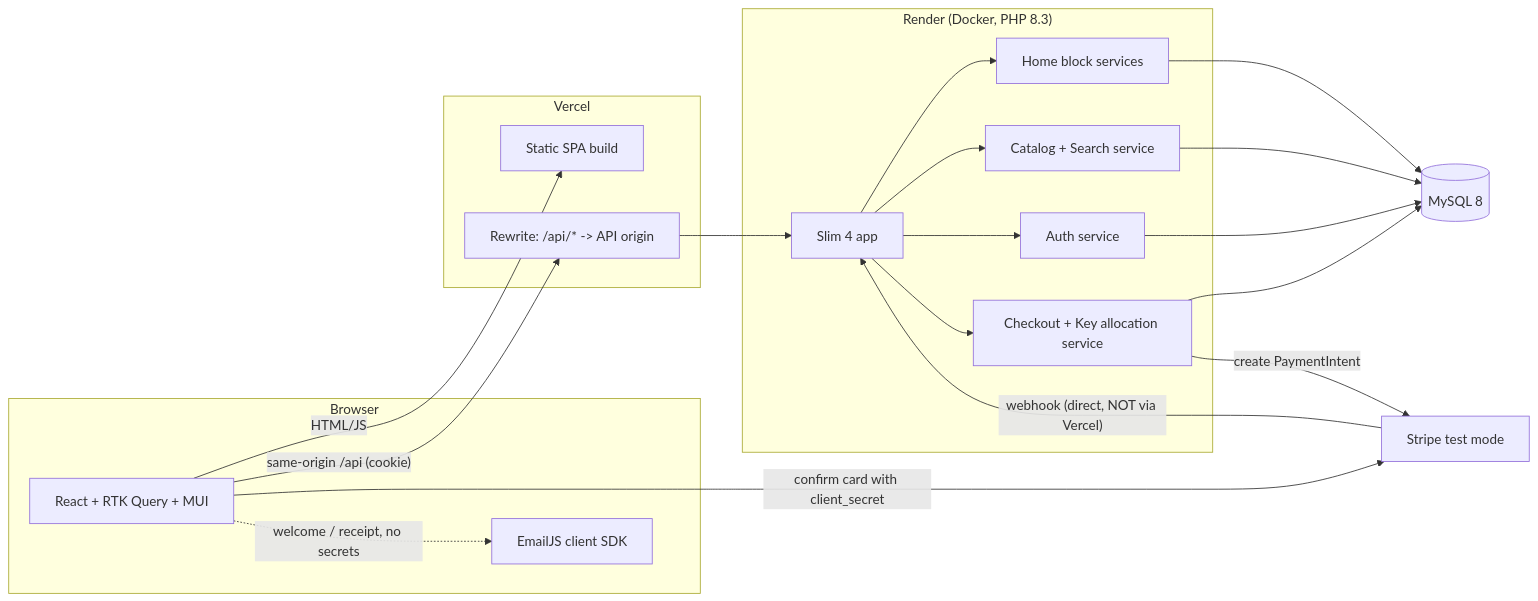
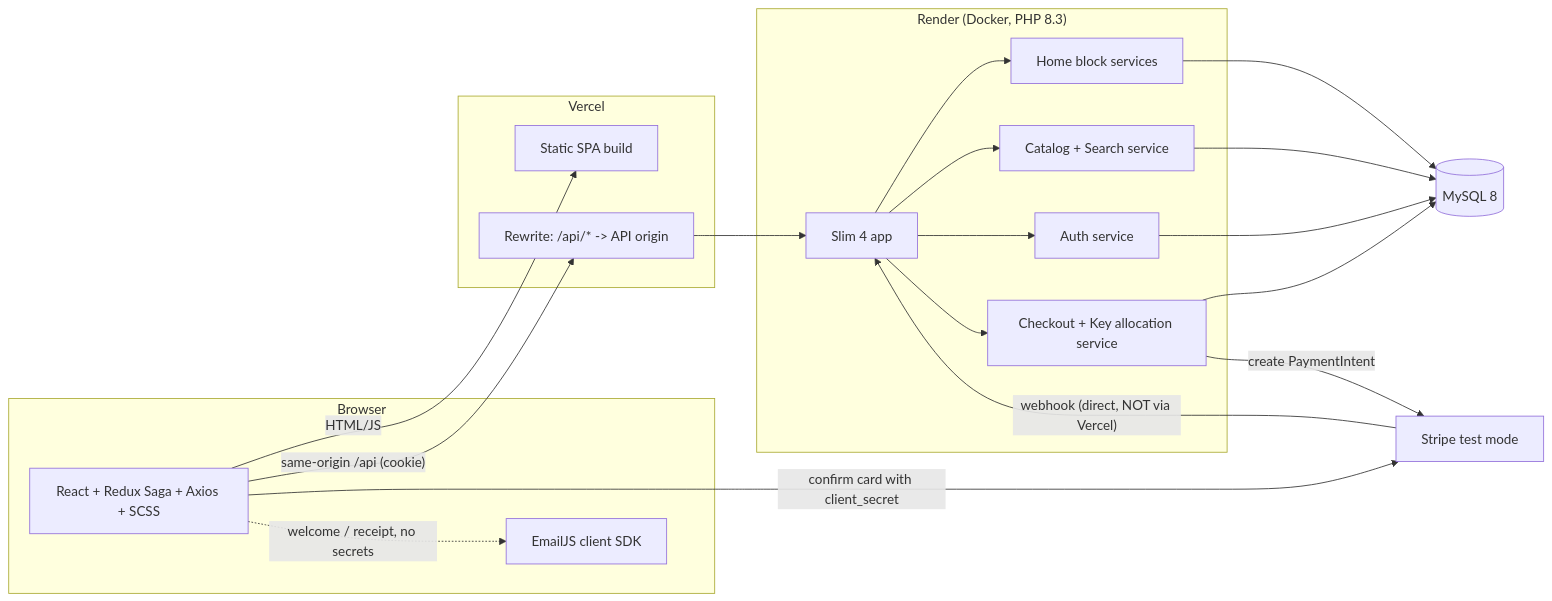
Before and after one commit to shashikanth077/eneba-lt-assignment: the first of 2 diagrams in docs/ARCHITECTURE.md, drawn with Mermaid. The commit also changed other lines of this file and 343 other files, not shown here.

First line of the commit message:
P16: rebuild the frontend on Redux Saga + Axios + SCSS modules

````diff
--- a/docs/ARCHITECTURE.md
+++ b/docs/ARCHITECTURE.md
@@ -41,29 +41,29 @@
 ```mermaid
 flowchart LR
   subgraph Browser
-    SPA[React + RTK Query + MUI]
+    SPA[React + Redux Saga + Axios + SCSS]
     EJS[EmailJS client SDK]
   end
   subgraph Vercel
     STATIC[Static SPA build]
     RW["Rewrite: /api/* -> API origin"]
   end
   subgraph Render["Render (Docker, PHP 8.3)"]
     SLIM[Slim 4 app]
     HOME[Home block services]
     CAT[Catalog + Search service]
     AUTH[Auth service]
     PAY[Checkout + Key allocation service]
     SLIM --> HOME & CAT & AUTH & PAY
   end
   DB[(MySQL 8)]
   STRIPE[Stripe test mode]
 
   SPA -->|HTML/JS| STATIC
   SPA -->|"same-origin /api (cookie)"| RW --> SLIM
   HOME & CAT & AUTH & PAY --> DB
   PAY -->|create PaymentIntent| STRIPE
   SPA -->|confirm card with client_secret| STRIPE
   STRIPE -->|"webhook (direct, NOT via Vercel)"| SLIM
   SPA -.->|welcome / receipt, no secrets| EJS
 ```
````
